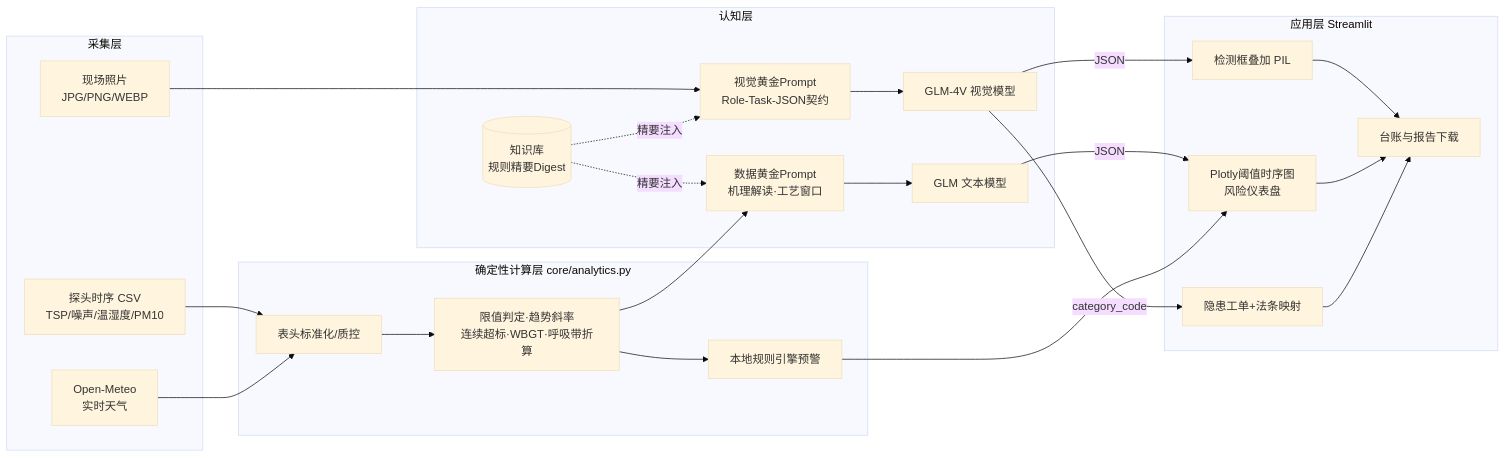
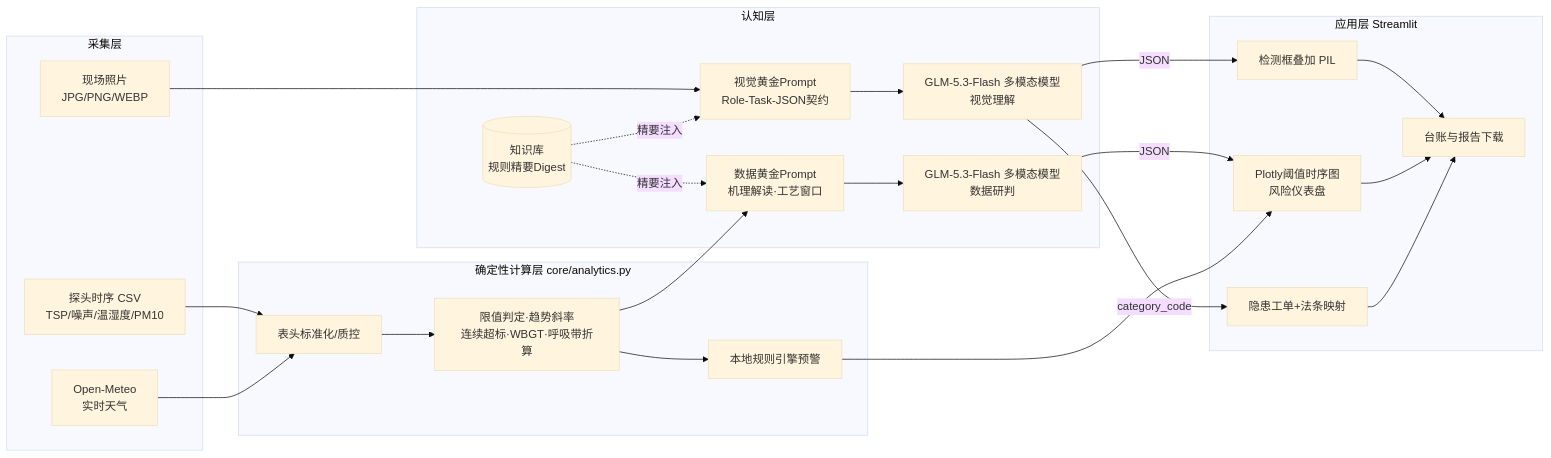
One commit to lancetselina-art/chen-an-zhi-yan changed the diagram in README.md. Above: the diagram before and after it, drawn with Mermaid (base theme). The commit also changed other lines of this file and 4 other files, not shown here.

Commit message:
默认模型切换为 glm-5.3-flash（原生多模态，视觉/数据通用）；GitHub知识库地址更新

````diff
--- a/README.md
+++ b/README.md
@@ -26,39 +26,39 @@
 ```mermaid
 flowchart LR
     subgraph 采集层
         A1[现场照片<br/>JPG/PNG/WEBP]
         A2[探头时序 CSV<br/>TSP/噪声/温湿度/PM10]
         A3[Open-Meteo<br/>实时天气]
     end
     subgraph 确定性计算层 core/analytics.py
         B1[表头标准化/质控]
         B2[限值判定·趋势斜率<br/>连续超标·WBGT·呼吸带折算]
         B3[本地规则引擎预警]
     end
     subgraph 认知层
         C1[视觉黄金Prompt<br/>Role-Task-JSON契约]
         C2[数据黄金Prompt<br/>机理解读·工艺窗口]
         C3[(知识库<br/>规则精要Digest)]
-        C4[GLM-4V 视觉模型]
-        C5[GLM 文本模型]
+        C4[GLM-5.3-Flash 多模态模型<br/>视觉理解]
+        C5[GLM-5.3-Flash 多模态模型<br/>数据研判]
     end
     subgraph 应用层 Streamlit
         D1[检测框叠加 PIL]
         D2[Plotly阈值时序图<br/>风险仪表盘]
         D3[隐患工单+法条映射]
         D4[台账与报告下载]
     end
     A1 --> C1 --> C4
     A2 --> B1 --> B2 --> B3
     B2 --> C2 --> C5
     A3 --> B1
     C3 -.精要注入.-> C1
     C3 -.精要注入.-> C2
     C4 --JSON--> D1
     C4 --category_code--> D3
     C5 --JSON--> D2
     B3 --> D2
     D1 --> D4
     D2 --> D4
     D3 --> D4
 ```
````
